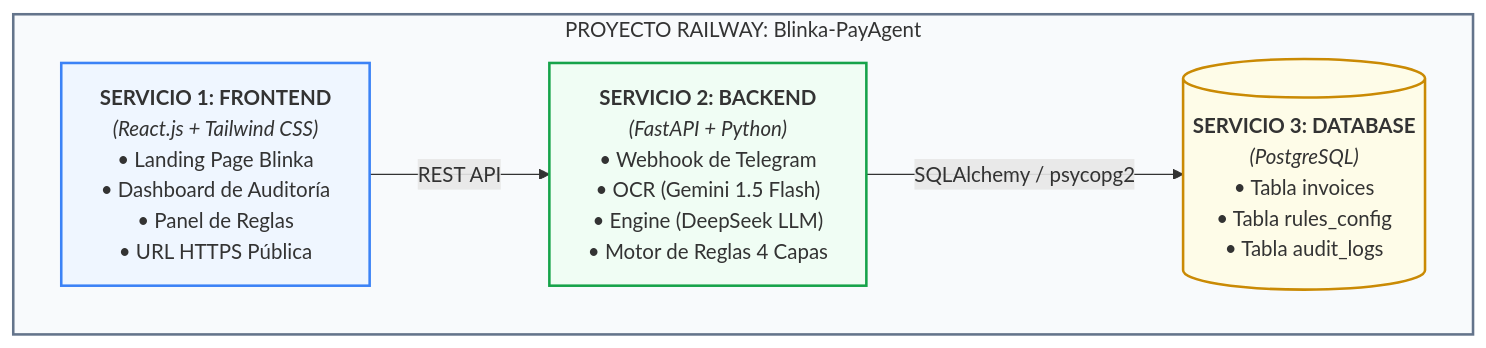
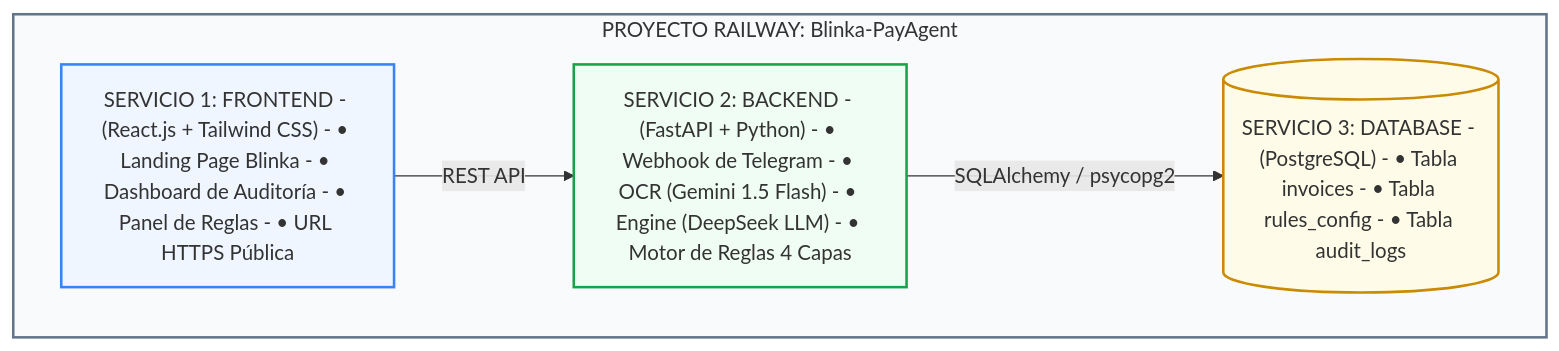
One commit to Oriojas/30X_404_team changed the first of 2 diagrams in docs/arquitectura/arquitectura_solucion_v2.md. Above: the diagram before and after it, drawn with Mermaid. The commit also changed other lines of this file and 6 other files, not shown here.

First line of the commit message:
fix: corregir sintaxis de diagramas mermaid y eliminar etiquetas html visibles

````diff
--- a/docs/arquitectura/arquitectura_solucion_v2.md
+++ b/docs/arquitectura/arquitectura_solucion_v2.md
@@ -29,18 +29,18 @@
 ```mermaid
 flowchart TD
     subgraph Railway ["PROYECTO RAILWAY: Blinka-PayAgent"]
-        Frontend["<b>SERVICIO 1: FRONTEND</b><br/><i>(React.js + Tailwind CSS)</i><br/>• Landing Page Blinka<br/>• Dashboard de Auditoría<br/>• Panel de Reglas<br/>• URL HTTPS Pública"]
+        Frontend["SERVICIO 1: FRONTEND - (React.js + Tailwind CSS) - • Landing Page Blinka - • Dashboard de Auditoría - • Panel de Reglas - • URL HTTPS Pública"]
 
-        Backend["<b>SERVICIO 2: BACKEND</b><br/><i>(FastAPI + Python)</i><br/>• Webhook de Telegram<br/>• OCR (Gemini 1.5 Flash)<br/>• Engine (DeepSeek LLM)<br/>• Motor de Reglas 4 Capas"]
+        Backend["SERVICIO 2: BACKEND - (FastAPI + Python) - • Webhook de Telegram - • OCR (Gemini 1.5 Flash) - • Engine (DeepSeek LLM) - • Motor de Reglas 4 Capas"]
 
-        Database[("<b>SERVICIO 3: DATABASE</b><br/><i>(PostgreSQL)</i><br/>• Tabla invoices<br/>• Tabla rules_config<br/>• Tabla audit_logs")]
+        Database[("SERVICIO 3: DATABASE - (PostgreSQL) - • Tabla invoices - • Tabla rules_config - • Tabla audit_logs")]
 
         Frontend -->|"REST API"| Backend
         Backend -->|"SQLAlchemy / psycopg2"| Database
     end
 
     style Railway fill:#f8fafc,stroke:#64748b,stroke-width:2px
     style Frontend fill:#eff6ff,stroke:#3b82f6,stroke-width:2px
     style Backend fill:#f0fdf4,stroke:#16a34a,stroke-width:2px
     style Database fill:#fefce8,stroke:#ca8a04,stroke-width:2px
 ```
````
